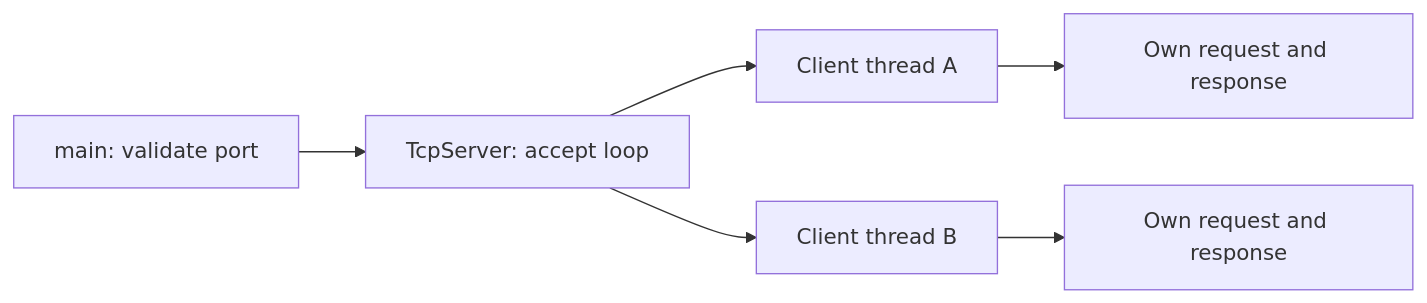
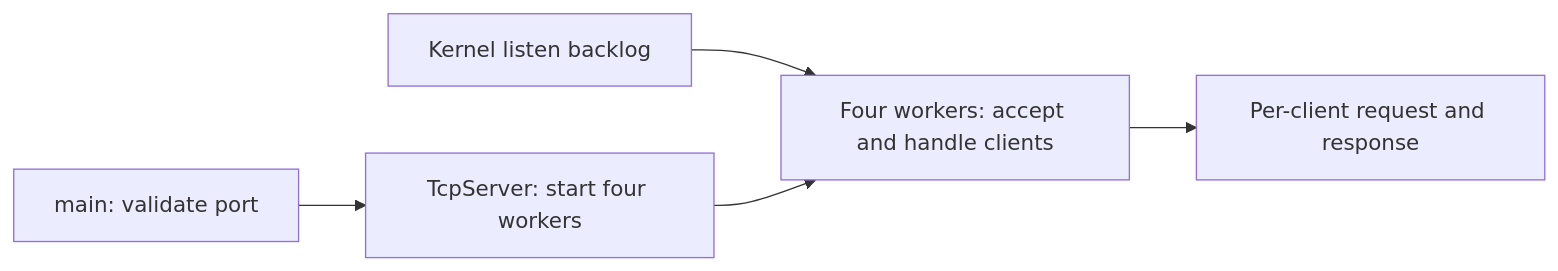
One commit to Tanishgupta28/cpp-multithreaded-http-server changed the diagram in README.md. Above: the diagram before and after it, drawn with Mermaid. The commit also changed other lines of this file and 4 other files, not shown here.

````diff
--- a/README.md
+++ b/README.md
@@ -35,8 +35,7 @@
 ```mermaid
 flowchart LR
-    Main[main: validate port] --> Server[TcpServer: accept loop]
-    Server --> A[Client thread A]
-    Server --> B[Client thread B]
-    A --> RequestA[Own request and response]
-    B --> RequestB[Own request and response]
+    Main[main: validate port] --> Server[TcpServer: start four workers]
+    Backlog[Kernel listen backlog] --> Workers[Four workers: accept and handle clients]
+    Server --> Workers
+    Workers --> Data[Per-client request and response]
 ```
````
